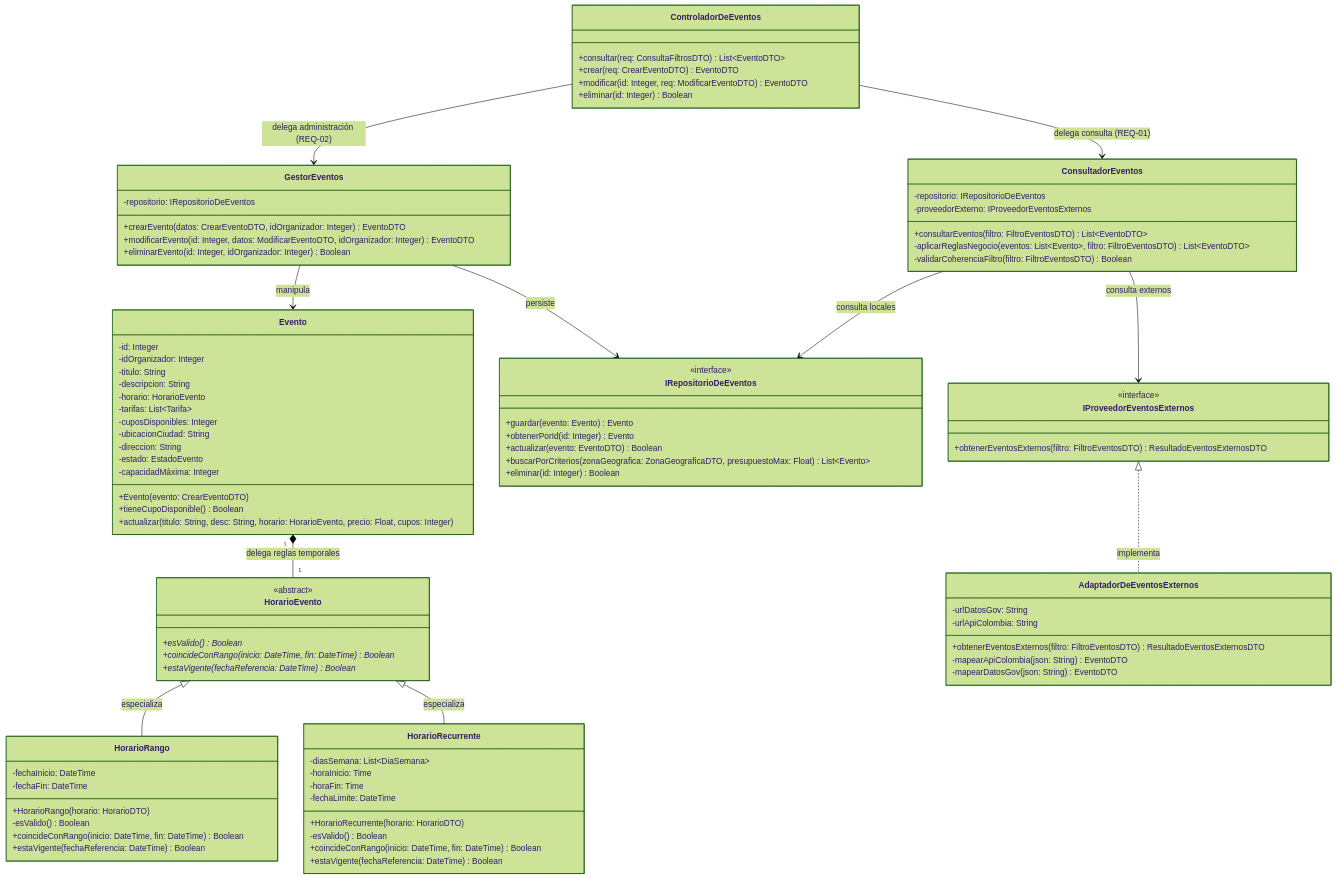
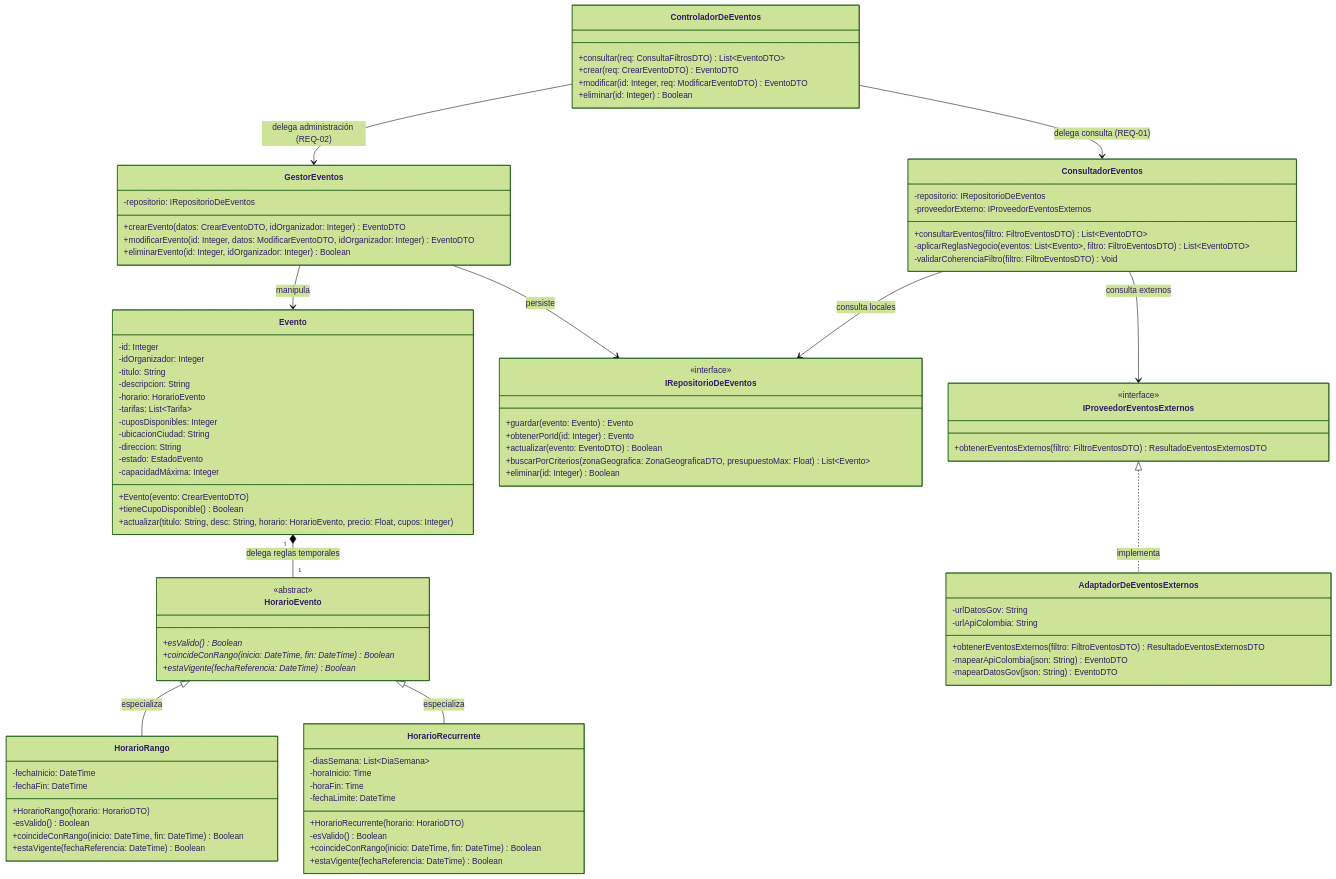
One commit to ProyectPlanning/Sistema_de_eventos changed the second of 3 diagrams in Docs/Design/Diseño Arquitectónico detallado 01.md. Above: the diagram before and after it, drawn with Mermaid (forest theme).

Commit message:
Change return type of validarCoherenciaFiltro method

```diff
--- a/Docs/Design/Diseño Arquitectónico detallado 01.md
+++ b/Docs/Design/Diseño Arquitectónico detallado 01.md
@@ -151,7 +151,7 @@
         -proveedorExterno: IProveedorEventosExternos
         +consultarEventos(filtro: FiltroEventosDTO) List~EventoDTO~
         -aplicarReglasNegocio(eventos: List~Evento~, filtro: FiltroEventosDTO) List~EventoDTO~
-        -validarCoherenciaFiltro(filtro: FiltroEventosDTO) Boolean
+        -validarCoherenciaFiltro(filtro: FiltroEventosDTO) Void
     }
 
     class GestorEventos {
```
